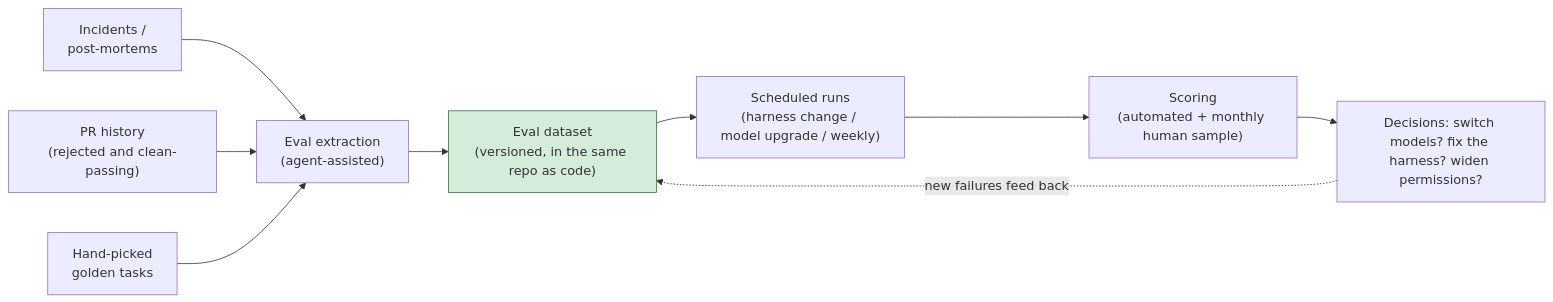
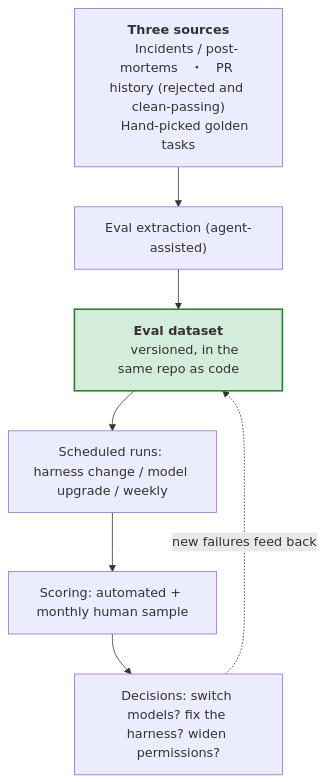
One commit to fantasybz/medium-articles changed the first of 3 diagrams in 2026-11-agentic-eval-economics/article.en.md. Above: the diagram before and after it, drawn with Mermaid. The commit also changed other lines of this file and 26 other files, not shown here.

First line of the commit message:
Redraw the remaining wide and tall diagrams across all four articles

````diff
--- a/2026-11-agentic-eval-economics/article.en.md
+++ b/2026-11-agentic-eval-economics/article.en.md
@@ -25,12 +25,15 @@
 ```mermaid
-flowchart LR
-    SRC1["Incidents /<br/>post-mortems"] --> X["Eval extraction<br/>(agent-assisted)"]
-    SRC2["PR history<br/>(rejected and clean-passing)"] --> X
-    SRC3["Hand-picked<br/>golden tasks"] --> X
-    X --> DS["Eval dataset<br/>(versioned, in the same repo as code)"]
-    DS --> RUN["Scheduled runs<br/>(harness change / model upgrade / weekly)"]
-    RUN --> SCORE["Scoring<br/>(automated + monthly human sample)"]
-    SCORE --> DEC["Decisions: switch models? fix the harness? widen permissions?"]
+flowchart TB
+    SRC["<b>Three sources</b>
+    Incidents / post-mortems　・　PR history (rejected and clean-passing)
+    Hand-picked golden tasks"]
+    X["Eval extraction (agent-assisted)"]
+    DS["<b>Eval dataset</b>
+    versioned, in the same repo as code"]
+    RUN["Scheduled runs: harness change / model upgrade / weekly"]
+    SCORE["Scoring: automated + monthly human sample"]
+    DEC["Decisions: switch models? fix the harness? widen permissions?"]
+    SRC --> X --> DS --> RUN --> SCORE --> DEC
     DEC -.->|new failures feed back| DS
-    style DS fill:#d4edda,stroke:#2e7d32
+    style DS fill:#d4edda,stroke:#2e7d32,stroke-width:2px
 ```
````
